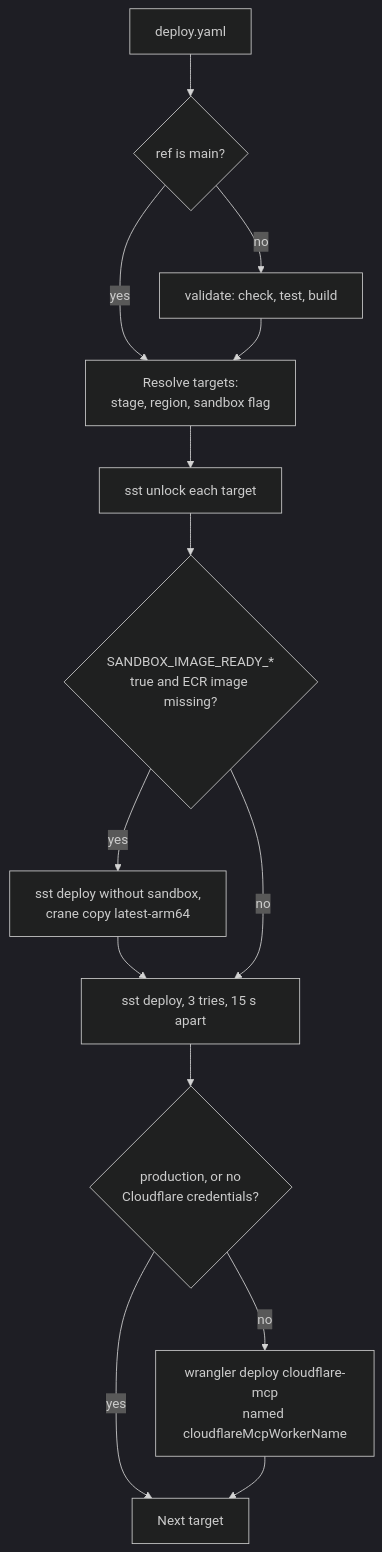
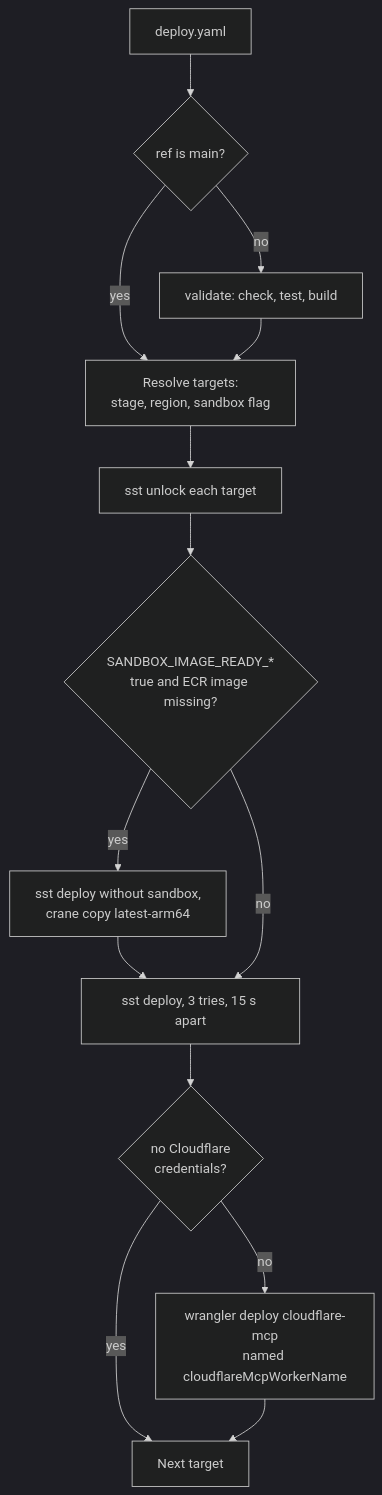
The fourth of 5 diagrams in apps/docs/docs/internals/ci-cd.md (beeblastco/broods), drawn with Mermaid (dark theme) before and after one commit. The commit also changed other lines of this file, not shown here.

Commit message:
docs(ci-cd): the MCP Worker step runs for production too
Review follow-up. The deploy pipeline diagram still skipped production, and
the step now says a failed deploy keeps the last Worker serving, so infra
points a stage's core at it only after its first deploy succeeded.

Claude-Session: https://claude.ai/code/session_013j4YvUXdqPiyft3wyLmJ5K

````diff
--- a/apps/docs/docs/internals/ci-cd.md
+++ b/apps/docs/docs/internals/ci-cd.md
@@ -111,16 +111,16 @@
 ```mermaid
 flowchart TD
   A["deploy.yaml"] --> B{"ref is main?"}
   B -->|no| V["validate: check, test, build"]
   B -->|yes| T
   V --> T["Resolve targets:<br/>stage, region, sandbox flag"]
   T --> L["sst unlock each target"]
   L --> S{"SANDBOX_IMAGE_READY_*<br/>true and ECR image missing?"}
   S -->|yes| S1["sst deploy without sandbox,<br/>crane copy latest-arm64"]
   S1 --> D
   S -->|no| D["sst deploy, 3 tries, 15 s apart"]
-  D --> W{"production, or no<br/>Cloudflare credentials?"}
+  D --> W{"no Cloudflare<br/>credentials?"}
   W -->|yes| Done[Next target]
   W -->|no| M["wrangler deploy cloudflare-mcp<br/>named cloudflareMcpWorkerName"]
   M --> Done
 ```
````
